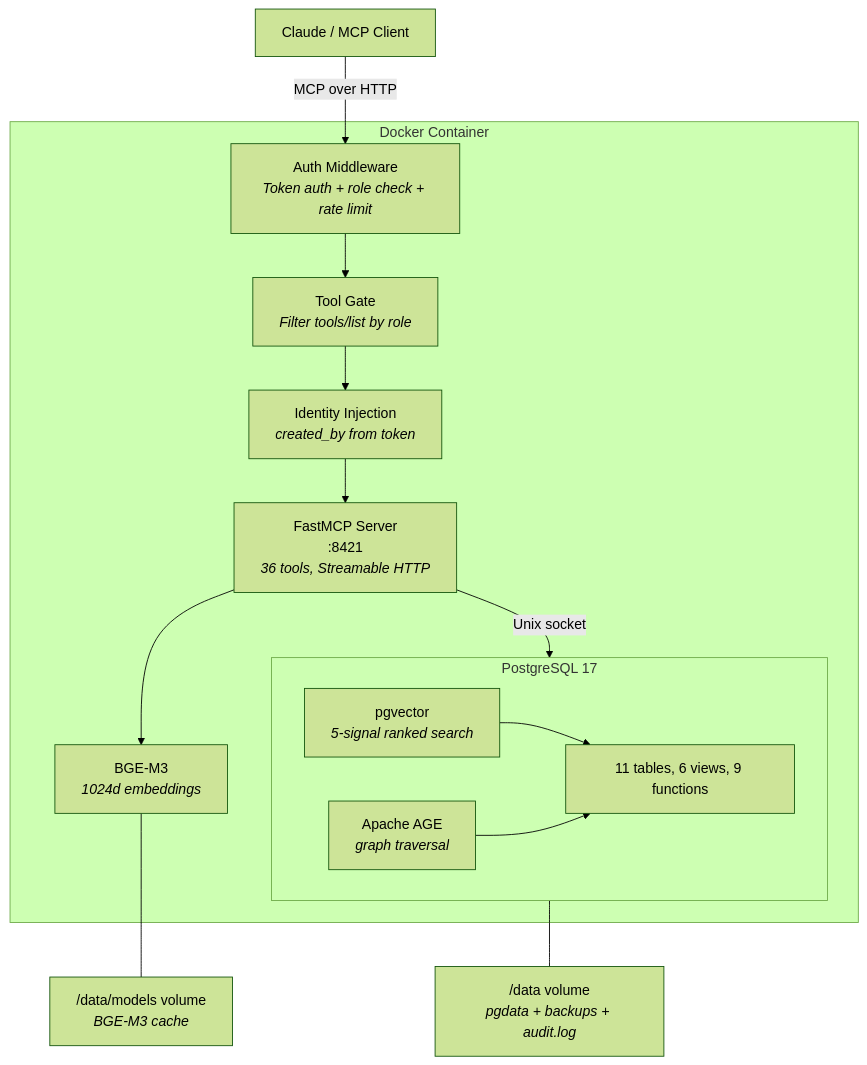
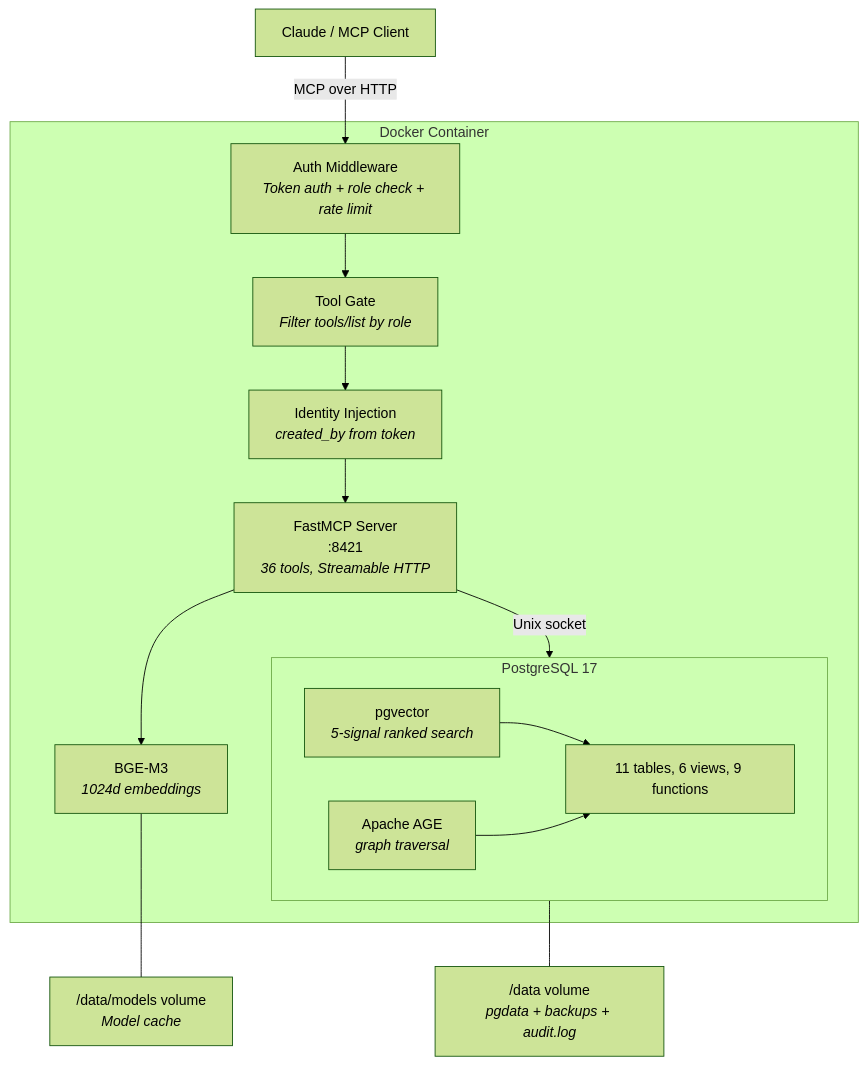
Before and after one commit to ufelmann/HiveMem: the second of 3 diagrams in README.md, drawn with Mermaid (forest theme). The commit also changed other lines of this file and 2 other files, not shown here.

Commit message:
docs: correct default model to multilingual MiniLM and update prerequisites

````diff
--- a/README.md
+++ b/README.md
@@ -353,32 +353,32 @@
 ```mermaid
 graph TB
     Client["Claude / MCP Client"]
 
     subgraph Container["Docker Container"]
         Auth["Auth Middleware<br/><i>Token auth + role check + rate limit</i>"]
         ToolGate["Tool Gate<br/><i>Filter tools/list by role</i>"]
         Identity["Identity Injection<br/><i>created_by from token</i>"]
         MCP["FastMCP Server<br/>:8421<br/><i>36 tools, Streamable HTTP</i>"]
         BGE["BGE-M3<br/><i>1024d embeddings</i>"]
 
         subgraph PG["PostgreSQL 17"]
             pgvector["pgvector<br/><i>5-signal ranked search</i>"]
             AGE["Apache AGE<br/><i>graph traversal</i>"]
             Tables["11 tables, 6 views, 9 functions"]
         end
     end
 
     Volume["/data volume<br/><i>pgdata + backups + audit.log</i>"]
-    Models["/data/models volume<br/><i>BGE-M3 cache</i>"]
+    Models["/data/models volume<br/><i>Model cache</i>"]
 
     Client -->|"MCP over HTTP"| Auth
     Auth --> ToolGate
     ToolGate --> Identity
     Identity --> MCP
     MCP --> BGE
     MCP -->|"Unix socket"| PG
     pgvector --> Tables
     AGE --> Tables
     PG --- Volume
     BGE --- Models
 ```
````
